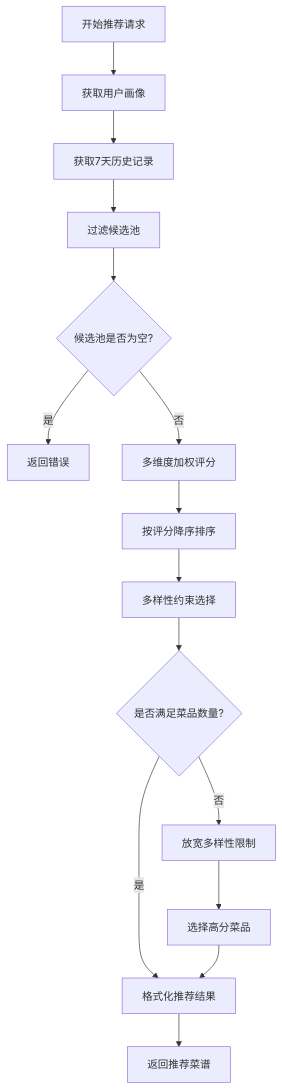
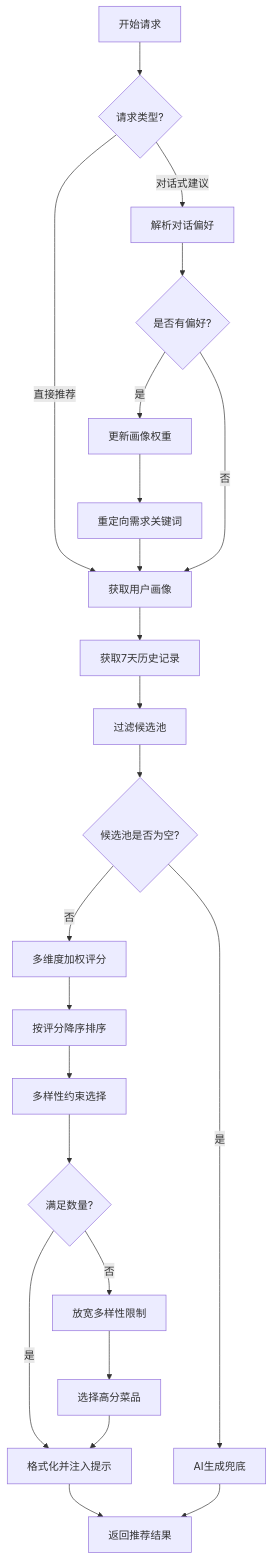
The diagram in recommendation_algorithm.md (joyefrck/caipincheck), drawn with Mermaid before and after one commit. The commit also changed other lines of this file and 8 other files, not shown here.

````diff
--- a/recommendation_algorithm.md
+++ b/recommendation_algorithm.md
@@ -19,21 +19,32 @@
 ```mermaid
 flowchart TD
-    Start[开始推荐请求] --> GetProfile[获取用户画像]
+    Start[开始请求] --> Type{请求类型?}
+    
+    Type -->|直接推荐| GetProfile[获取用户画像]
+    Type -->|对话式建议| ParsePref[解析对话偏好]
+    
+    ParsePref --> HasPref{是否有偏好?}
+    HasPref -->|是| UpdateDB[更新画像权重]
+    UpdateDB --> Redirect[重定向需求关键词]
+    Redirect --> GetProfile
+    HasPref -->|否| GetProfile
+
     GetProfile --> GetHistory[获取7天历史记录]
     GetHistory --> FilterCandidates[过滤候选池]
     
     FilterCandidates --> CheckEmpty{候选池是否为空?}
-    CheckEmpty -->|是| Error[返回错误]
+    CheckEmpty -->|是| AI_Fallback[AI生成兜底]
     CheckEmpty -->|否| Scoring[多维度加权评分]
     
     Scoring --> Sort[按评分降序排序]
     Sort --> DiversityFilter[多样性约束选择]
     
-    DiversityFilter --> CheckCount{是否满足菜品数量?}
+    DiversityFilter --> CheckCount{满足数量?}
     CheckCount -->|否| Relax[放宽多样性限制]
     Relax --> SelectMore[选择高分菜品]
-    CheckCount -->|是| Format[格式化推荐结果]
+    CheckCount -->|是| Format[格式化并注入提示]
     SelectMore --> Format
     
-    Format --> Return[返回推荐菜谱]
+    Format --> Return[返回推荐结果]
+    AI_Fallback --> Return
 ```
````
